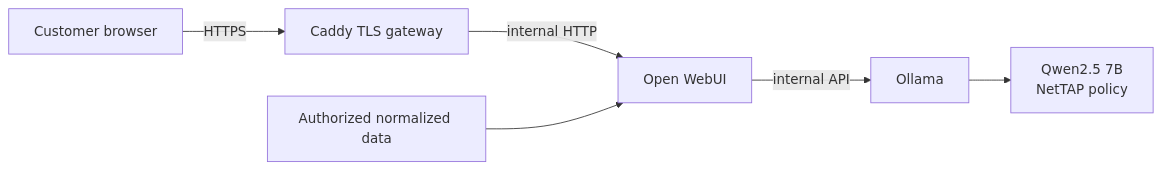
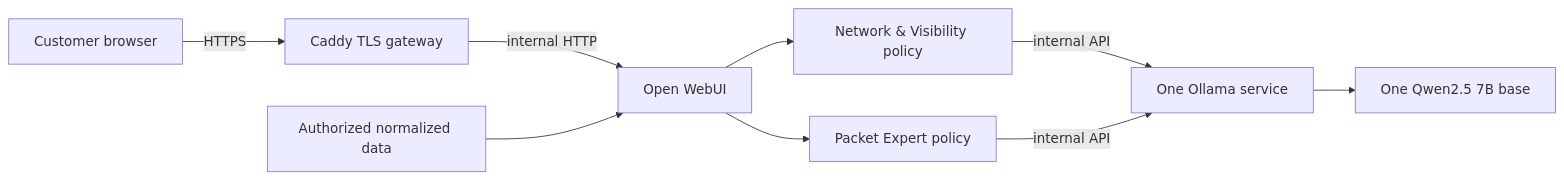
The diagram in docs/PRODUCTION_ARCHITECTURE.md (mpdwyer2367/nettap-packet-expert), drawn with Mermaid before and after one commit. The commit also changed other lines of this file and 62 other files, not shown here.

Commit message:
Unify NetTAP AI assistants on shared runtime

````diff
--- a/docs/PRODUCTION_ARCHITECTURE.md
+++ b/docs/PRODUCTION_ARCHITECTURE.md
@@ -9,8 +9,11 @@
 ```mermaid
 flowchart LR
     B["Customer browser"] -->|HTTPS| G["Caddy TLS gateway"]
     G -->|internal HTTP| W["Open WebUI"]
-    W -->|internal API| O["Ollama"]
-    O --> M["Qwen2.5 7B<br/>NetTAP policy"]
+    W --> V["Network & Visibility policy"]
+    W --> P["Packet Expert policy"]
+    V -->|internal API| O["One Ollama service"]
+    P -->|internal API| O
+    O --> M["One Qwen2.5 7B base"]
     D["Authorized normalized data"] --> W
 ```
````
